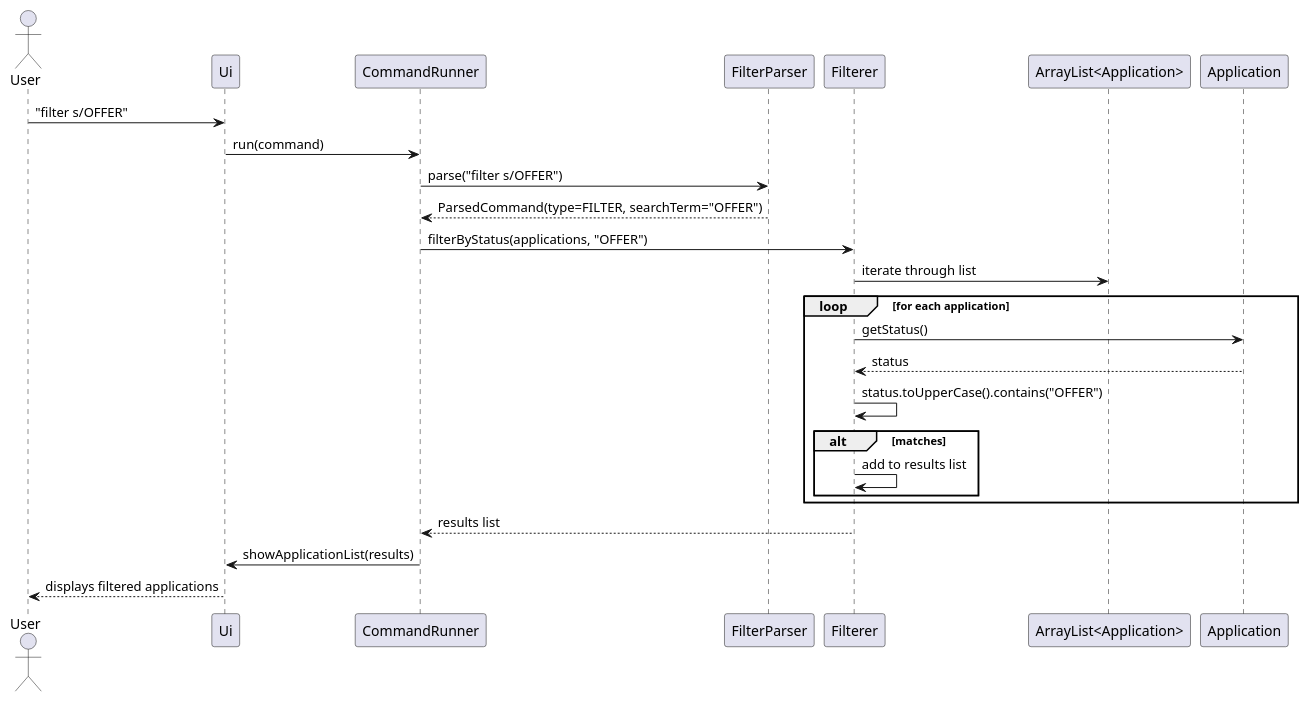
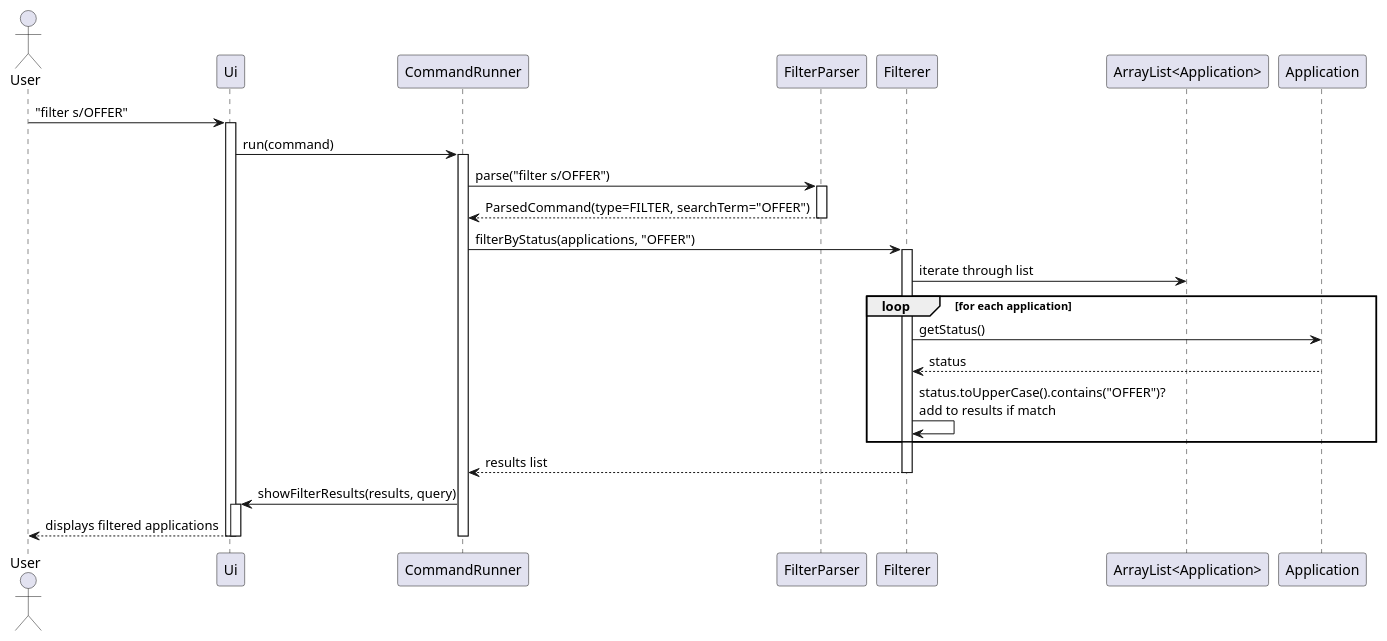
Before and after one commit to AY2526S2-CS2113-W13-3/tp: the diagram in docs/diagrams/filter/sequence.puml, drawn with PlantUML. The commit also changed 7 other files, not shown here.

```diff
--- a/docs/diagrams/filter/sequence.puml
+++ b/docs/diagrams/filter/sequence.puml
@@ -1,29 +1,36 @@
 @startuml
 actor User
 participant Ui
 participant CommandRunner
 participant FilterParser
 participant Filterer
 participant "ArrayList<Application>" as AppList
 participant Application
 
 User -> Ui : "filter s/OFFER"
+activate Ui
 Ui -> CommandRunner : run(command)
+activate CommandRunner
 CommandRunner -> FilterParser : parse("filter s/OFFER")
+activate FilterParser
 FilterParser --> CommandRunner : ParsedCommand(type=FILTER, searchTerm="OFFER")
+deactivate FilterParser
 CommandRunner -> Filterer : filterByStatus(applications, "OFFER")
+activate Filterer
 Filterer -> AppList : iterate through list
 
 loop for each application
     Filterer -> Application : getStatus()
     Application --> Filterer : status
-    Filterer -> Filterer : status.toUpperCase().contains("OFFER")
-    alt matches
-        Filterer -> Filterer : add to results list
-    end
+    Filterer -> Filterer : status.toUpperCase().contains("OFFER")?\nadd to results if match
 end
 
 Filterer --> CommandRunner : results list
-CommandRunner -> Ui : showApplicationList(results)
+deactivate Filterer
+CommandRunner -> Ui : showFilterResults(results, query)
+activate Ui
 Ui --> User : displays filtered applications
+deactivate Ui
+deactivate CommandRunner
+deactivate Ui
 @enduml
```
